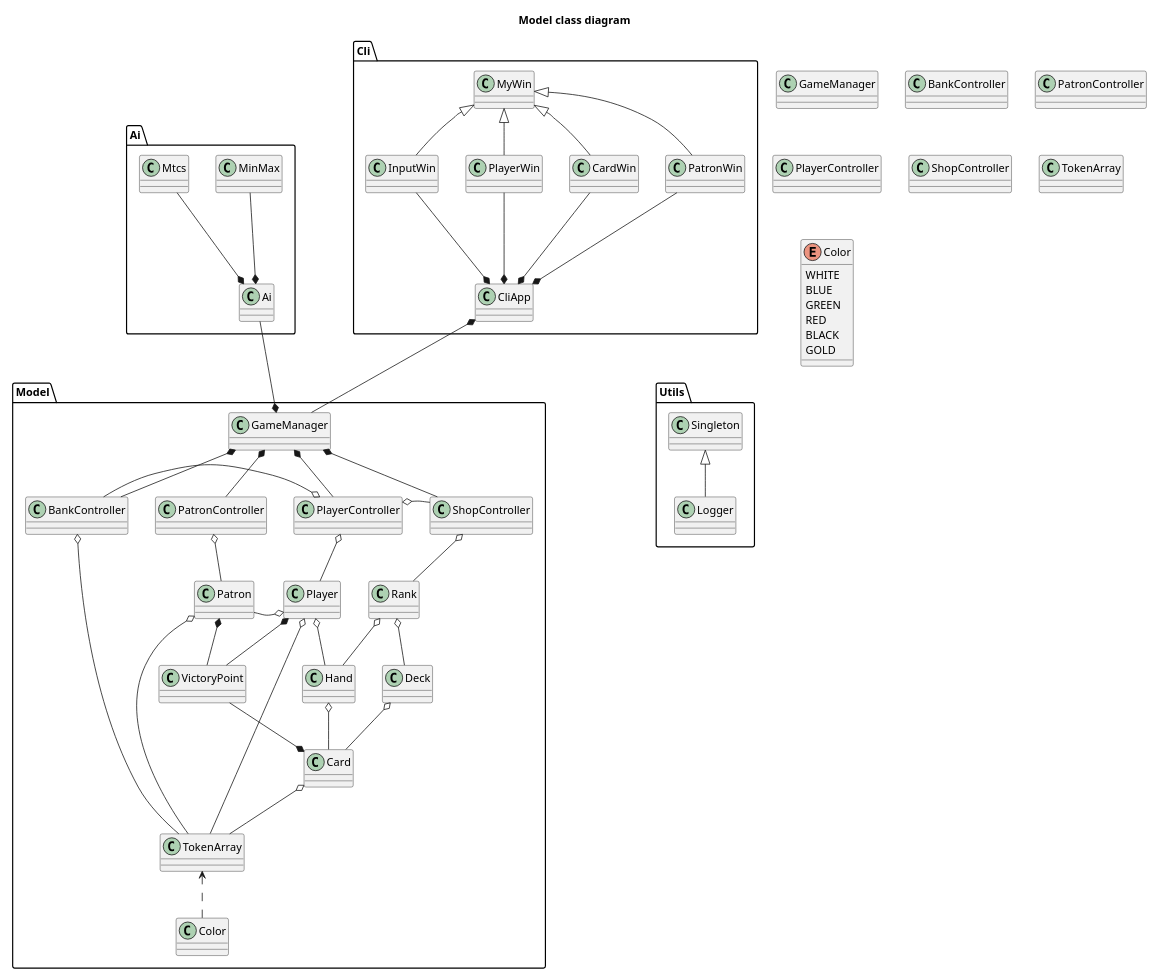
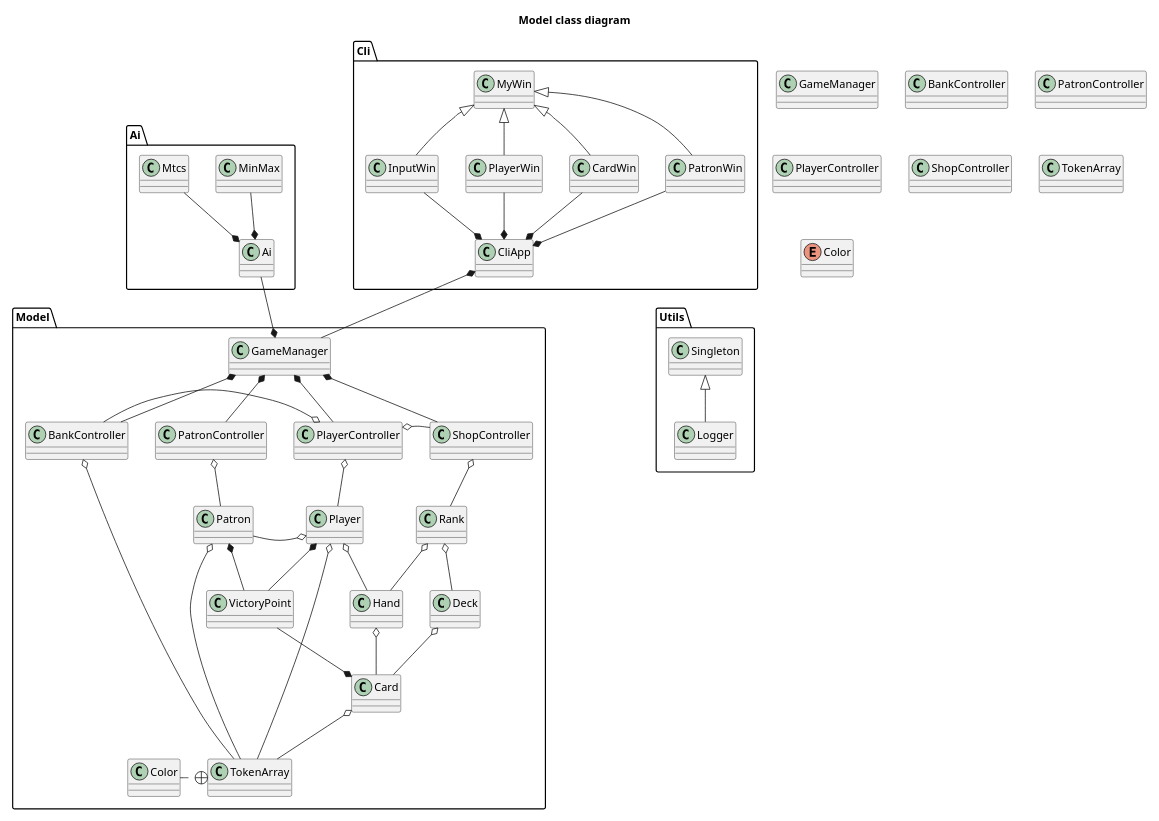
Before and after one commit to kalharko/splendia: the diagram in Documentation/Technical Specifications/ClassDiagramSimplest.puml, drawn with PlantUML. The commit also changed 3 other files, not shown here.

Commit message:
:sparkles: new sequence diagram for final report

```diff
--- a/Documentation/Technical Specifications/ClassDiagramSimplest.puml
+++ b/Documentation/Technical Specifications/ClassDiagramSimplest.puml
@@ -1,115 +1,109 @@
 @startuml classDiagram
 title Model class diagram
 scale 0.65
 
 package Model {
     GameManager *-- BankController
     GameManager *-- PatronController
     GameManager *-- PlayerController
     GameManager *-- ShopController
 
     PatronController o-- Patron
     Patron o-- TokenArray
 
     BankController o-down- TokenArray
 
     PlayerController o-- Player
     Player o-- TokenArray
     Player o-- Hand
     Player o-- Patron
 
     ShopController o-- Rank
     Rank o-- Hand
     Rank o-- Deck
 
     Deck o-- Card
     Hand o-- Card
 
     Card o-- TokenArray
-    TokenArray <.. Color
+    TokenArray +.l. Color
 
 
     BankController .r[hidden]. PatronController
     PatronController .r[hidden]. PlayerController
     PlayerController .r[hidden]. ShopController
 
     Patron .r[hidden]. Player
     Player .r[hidden]. Rank
 
 
     VictoryPoint .r[hidden]. Hand
     VictoryPoint -[norank]-* Patron
     VictoryPoint -[norank]-* Card
     VictoryPoint -[norank]-* Player
 
     PlayerController o-[norank]- BankController
     PlayerController o-[norank]- ShopController
 }
 
 package Cli {
     CliApp *-d- GameManager
     CliApp *-u- PatronWin
     CliApp *-u- CardWin
     CliApp *-u- PlayerWin
     CliApp *-u- InputWin
     MyWin <|-d- PatronWin
     MyWin <|-d- CardWin
     MyWin <|-d- PlayerWin
     MyWin <|-d- InputWin
 }
 
 package Ai {
     Ai --* GameManager
     Ai *-u- Mtcs
     Ai *-u- MinMax
 
     Ai -[hidden]l- MyWin
 }
 
 package Utils {
     Singleton <|-- Logger
 
     Singleton --[hidden]u- PatronWin
 }
 
 
 
 
 class GameManager {
 }
 
 
 class BankController {
 }
 
 class PatronController {
 }
 
 class PlayerController {
 }
 
 class ShopController {
 }
 
 
 
 
 
 
 
 
 
 class TokenArray {
 }
 
 
 enum Color {
-    WHITE
-    BLUE
-    GREEN
-    RED
-    BLACK
-    GOLD
 }
 
 @enduml
```
